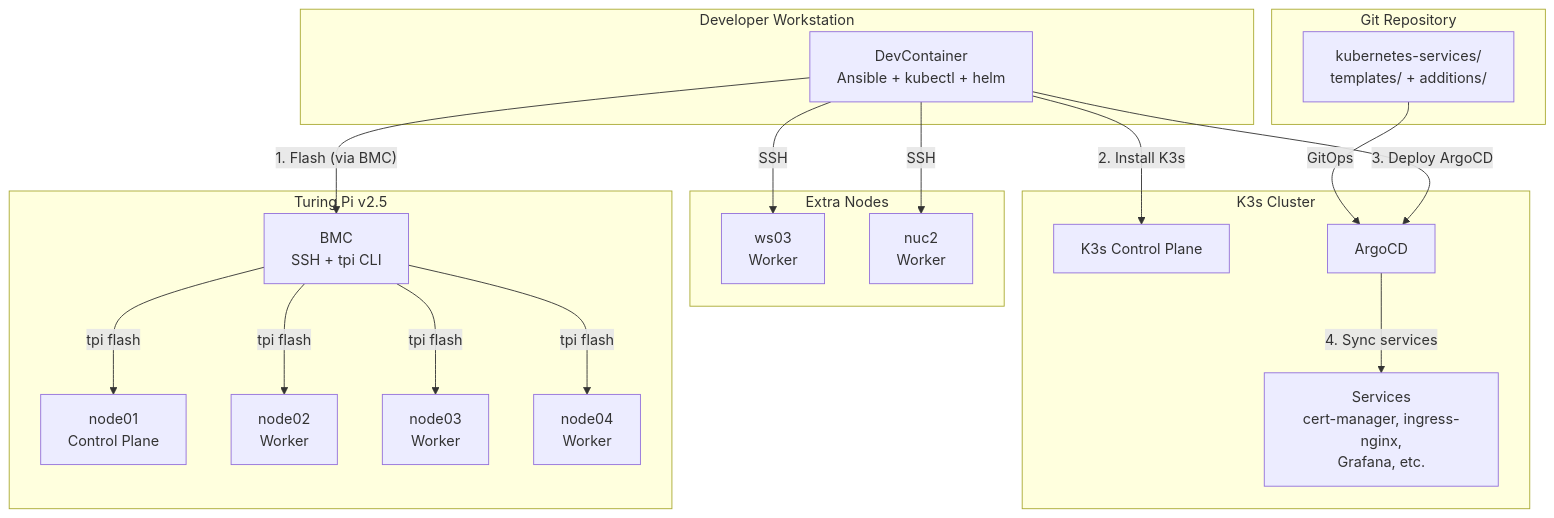
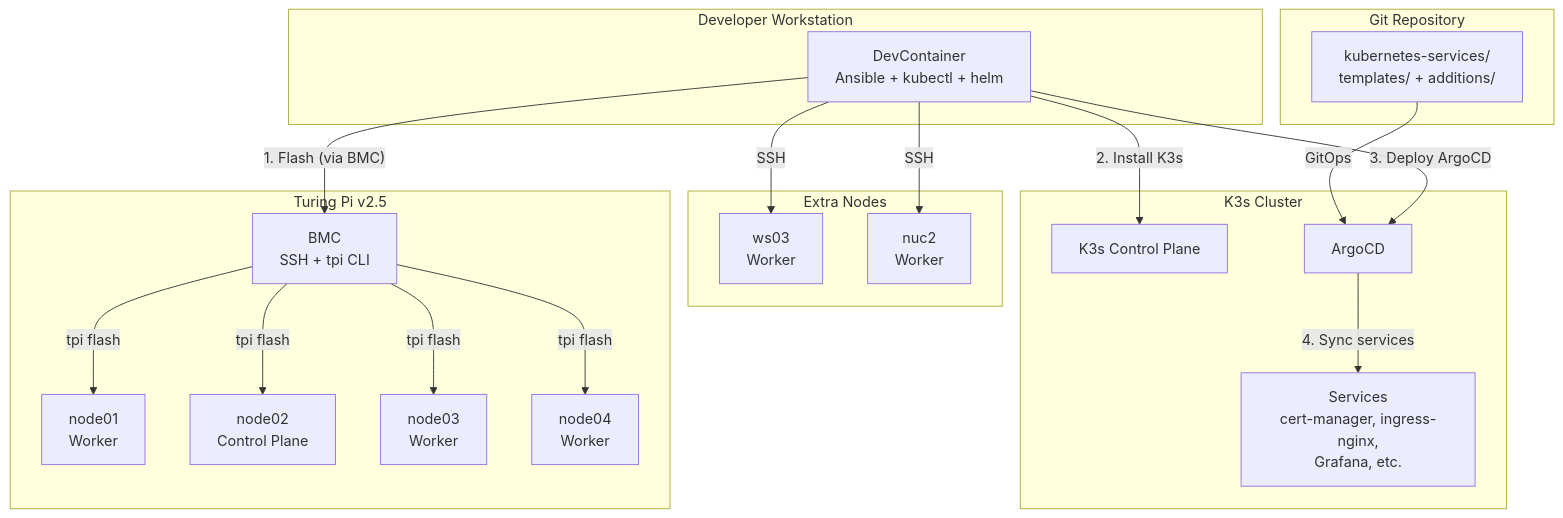
Before and after one commit to gilesknap/tpi-k3s-ansible: the first of 3 diagrams in docs/explanations/architecture.md, drawn with Mermaid. The commit also changed 10 other files, not shown here.

First line of the commit message:
Move the control plane to node02 and fix restore-control-plane for a former agent (#675)

````diff
--- a/docs/explanations/architecture.md
+++ b/docs/explanations/architecture.md
@@ -11,37 +11,37 @@
 ```mermaid
 flowchart TB
     subgraph Workstation["Developer Workstation"]
         DC[DevContainer<br/>Ansible + kubectl + helm]
     end
 
     subgraph TuringPi["Turing Pi v2.5"]
         BMC[BMC<br/>SSH + tpi CLI]
-        N1[node01<br/>Control Plane]
-        N2[node02<br/>Worker]
+        N1[node01<br/>Worker]
+        N2[node02<br/>Control Plane]
         N3[node03<br/>Worker]
         N4[node04<br/>Worker]
     end
 
     subgraph Extra["Extra Nodes"]
         E1[ws03<br/>Worker]
         E2[nuc2<br/>Worker]
     end
 
     subgraph Cluster["K3s Cluster"]
         K3S[K3s Control Plane]
         ARGO[ArgoCD]
         SVC[Services<br/>cert-manager, ingress-nginx,<br/>Grafana, etc.]
     end
 
     subgraph Git["Git Repository"]
         REPO["kubernetes-services/<br/>templates/ + additions/"]
     end
 
     DC -->|"1. Flash (via BMC)"| BMC
     BMC -->|"tpi flash"| N1 & N2 & N3 & N4
     DC -->|"2. Install K3s"| K3S
     DC -->|"3. Deploy ArgoCD"| ARGO
     ARGO -->|"4. Sync services"| SVC
     REPO -->|"GitOps"| ARGO
     DC -->|"SSH"| E1 & E2
 ```
````
